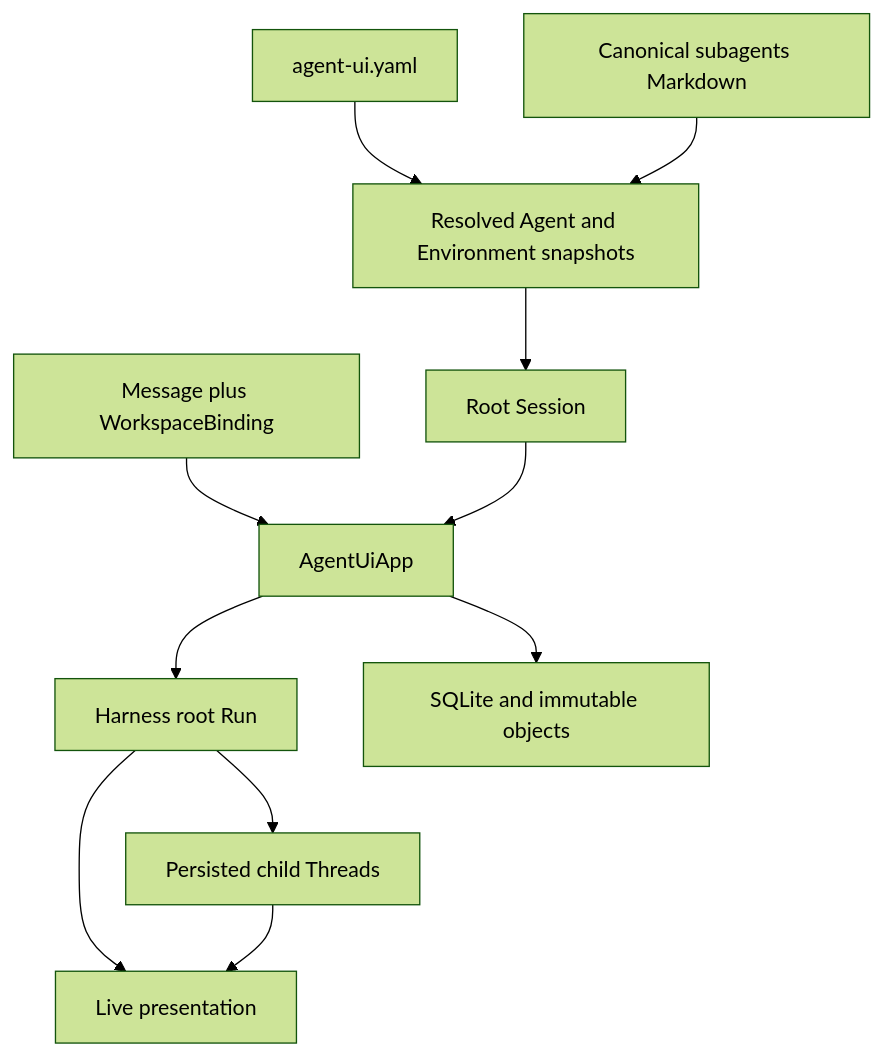
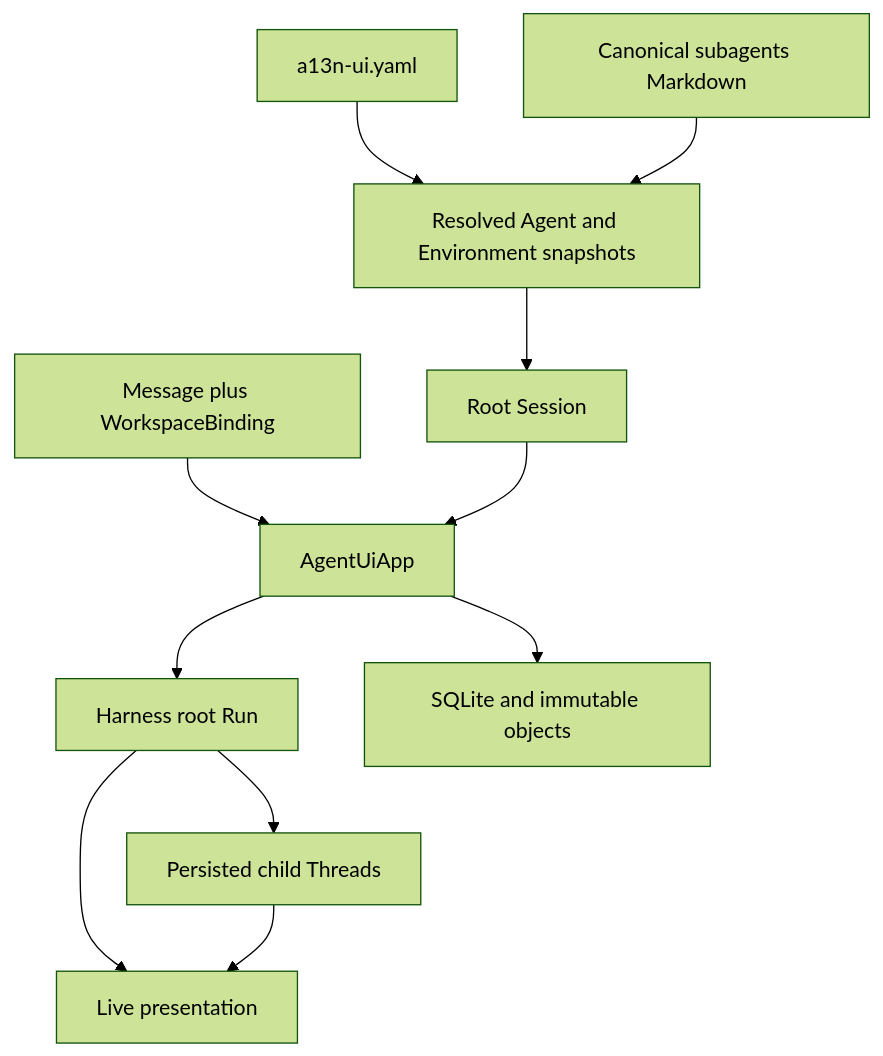
Before and after one commit to LTThreeComma/agent-foundation: the first of 4 diagrams in spec/agent-ui/00-overview.md, drawn with Mermaid (forest theme). The commit also changed other lines of this file and 36 other files, not shown here.

````diff
--- a/spec/agent-ui/00-overview.md
+++ b/spec/agent-ui/00-overview.md
@@ -13,20 +13,20 @@
 ```mermaid
 flowchart TB
-    Config[agent-ui.yaml]
+    Config[a13n-ui.yaml]
     Markdown[Canonical subagents Markdown]
     Snapshot[Resolved Agent and Environment snapshots]
     Session[Root Session]
     Binding[Message plus WorkspaceBinding]
     App[AgentUiApp]
     Harness[Harness root Run]
     Children[Persisted child Threads]
     Store[SQLite and immutable objects]
     Live[Live presentation]
 
     Config & Markdown --> Snapshot --> Session
     Binding --> App
     Session --> App --> Harness
     Harness --> Children
     App --> Store
     Harness & Children --> Live
 ```
````
